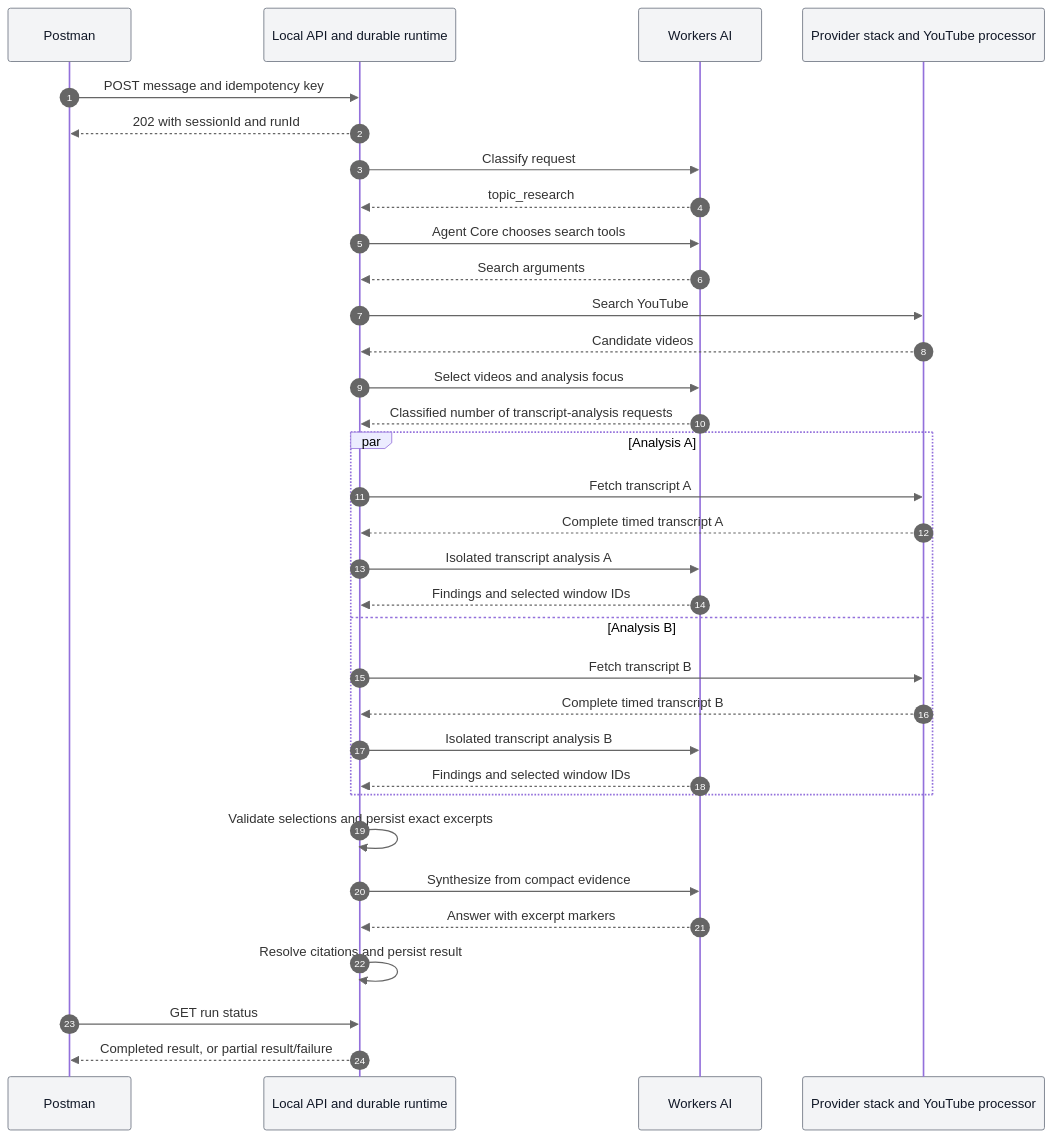
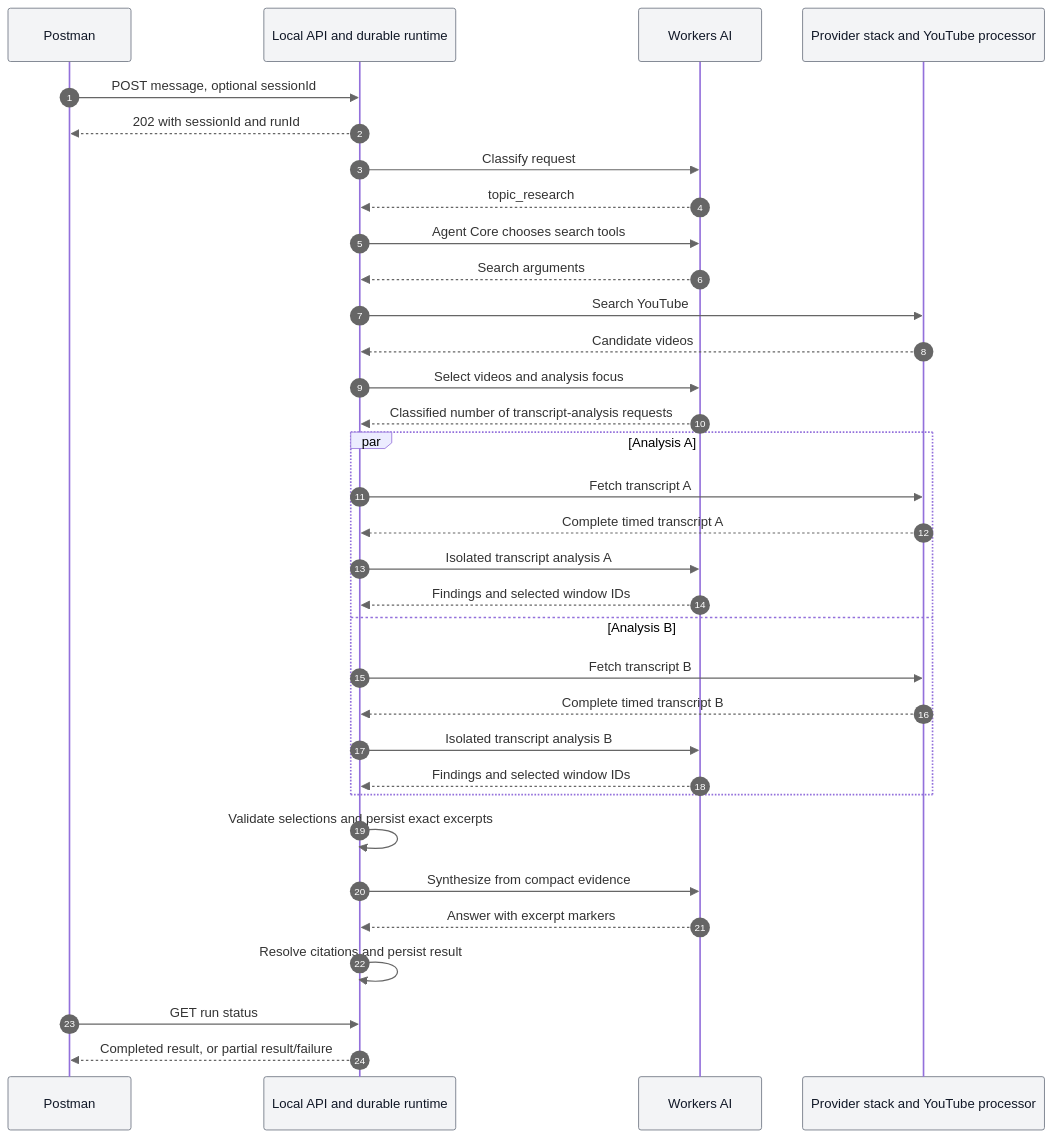
The first of 3 diagrams in reference/engineering/AGENT_PATHS_AND_LIMITS.md (devhims/video2ctx), drawn with Mermaid before and after one commit. The commit also changed other lines of this file and 38 other files, not shown here.

Commit message:
fix: remove agent idempotency keys and rename agent message ids (#47)

````diff
--- a/reference/engineering/AGENT_PATHS_AND_LIMITS.md
+++ b/reference/engineering/AGENT_PATHS_AND_LIMITS.md
@@ -21,36 +21,36 @@
 ```mermaid
 %%{init: {"themeVariables": {"signalColor": "#666666", "sequenceNumberColor": "#ffffff", "actorBkg": "#f3f4f6", "actorTextColor": "#111827", "actorBorder": "#6b7280"}}}%%
 sequenceDiagram
     autonumber
     participant P as Postman
     participant R as Local API and durable runtime
     participant M as Workers AI
     participant Y as Provider stack and YouTube processor
-    P->>R: POST message and idempotency key
+    P->>R: POST message, optional sessionId
     R-->>P: 202 with sessionId and runId
     R->>M: Classify request
     M-->>R: topic_research
     R->>M: Agent Core chooses search tools
     M-->>R: Search arguments
     R->>Y: Search YouTube
     Y-->>R: Candidate videos
     R->>M: Select videos and analysis focus
     M-->>R: Classified number of transcript-analysis requests
     par Analysis A
         R->>Y: Fetch transcript A
         Y-->>R: Complete timed transcript A
         R->>M: Isolated transcript analysis A
         M-->>R: Findings and selected window IDs
     and Analysis B
         R->>Y: Fetch transcript B
         Y-->>R: Complete timed transcript B
         R->>M: Isolated transcript analysis B
         M-->>R: Findings and selected window IDs
     end
     R->>R: Validate selections and persist exact excerpts
     R->>M: Synthesize from compact evidence
     M-->>R: Answer with excerpt markers
     R->>R: Resolve citations and persist result
     P->>R: GET run status
     R-->>P: Completed result, or partial result/failure
 ```
````
